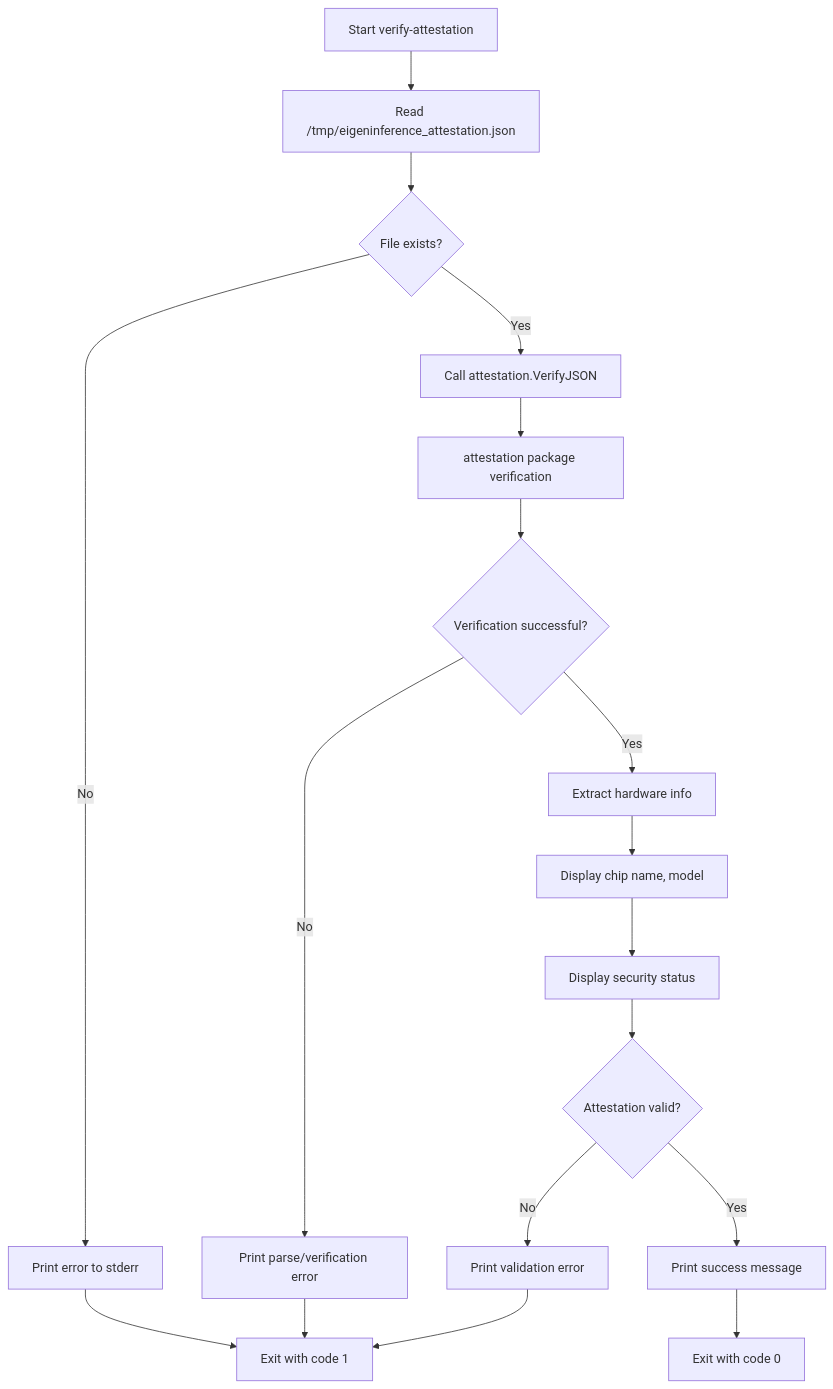
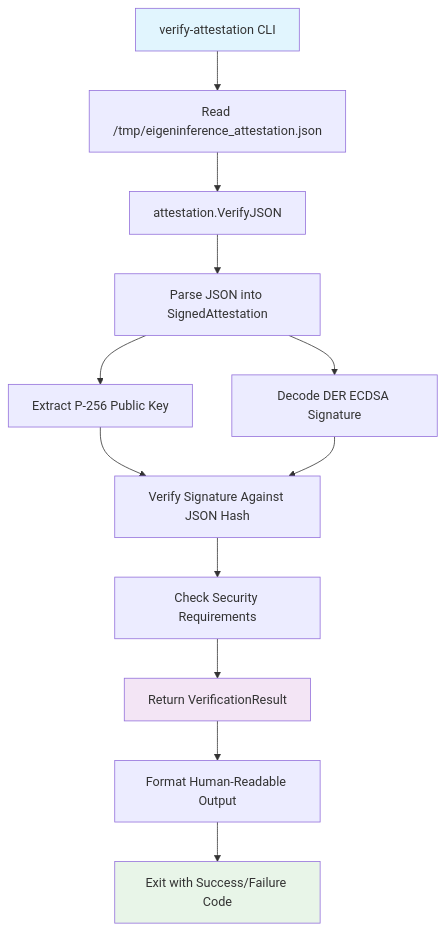
The diagram in artifacts/d-inference/service_analyses/verify-attestation.md (researchoors/knowledge-maintenance), drawn with Mermaid before and after one commit. The commit also changed other lines of this file and 22 other files, not shown here.

````diff
--- a/artifacts/d-inference/service_analyses/verify-attestation.md
+++ b/artifacts/d-inference/service_analyses/verify-attestation.md
@@ -33,20 +33,18 @@
 ```mermaid
 graph TD
-    A[Start verify-attestation] --> B[Read /tmp/eigeninference_attestation.json]
-    B --> C{File exists?}
-    C -->|No| D[Print error to stderr]
-    D --> E[Exit with code 1]
-    C -->|Yes| F[Call attestation.VerifyJSON]
-    F --> G[attestation package verification]
-    G --> H{Verification successful?}
-    H -->|No| I[Print parse/verification error]
-    I --> E
-    H -->|Yes| J[Extract hardware info]
-    J --> K[Display chip name, model]
-    K --> L[Display security status]
-    L --> M{Attestation valid?}
-    M -->|Yes| N[Print success message]
-    N --> O[Exit with code 0]
-    M -->|No| P[Print validation error]
-    P --> E
+    A[verify-attestation CLI] --> B[Read /tmp/eigeninference_attestation.json]
+    B --> C[attestation.VerifyJSON]
+    C --> D[Parse JSON into SignedAttestation]
+    D --> E[Extract P-256 Public Key]
+    D --> F[Decode DER ECDSA Signature]
+    E --> G[Verify Signature Against JSON Hash]
+    F --> G
+    G --> H[Check Security Requirements]
+    H --> I[Return VerificationResult]
+    I --> J[Format Human-Readable Output]
+    J --> K[Exit with Success/Failure Code]
+    
+    style A fill:#e1f5fe
+    style I fill:#f3e5f5
+    style K fill:#e8f5e8
 ```
````
